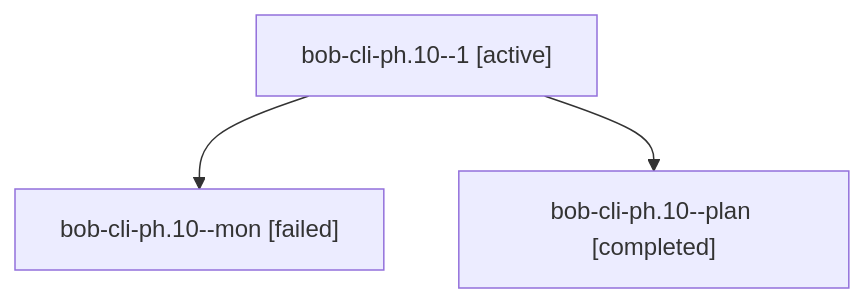
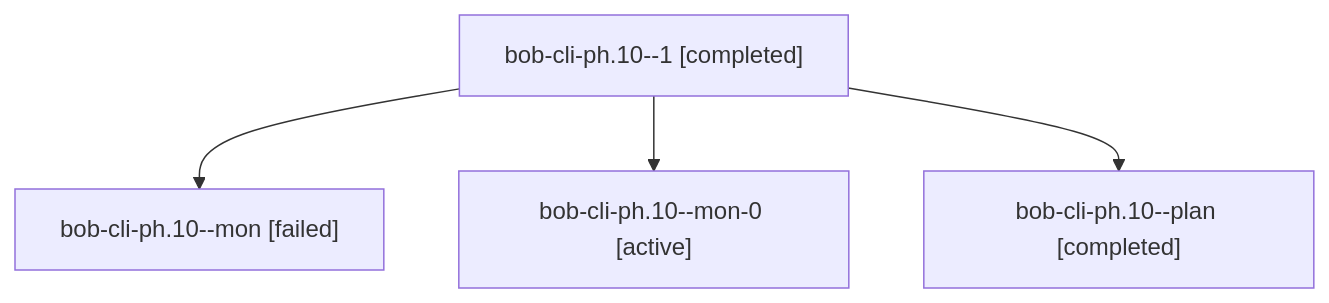
Before and after one commit to bobs-org/bob-cli--agents: the diagram in sessions/bbugyi200.apollo.bob-cli-ph.10.md, drawn with Mermaid. The commit also changed other lines of this file and 149 other files, not shown here.

````diff
--- a/sessions/bbugyi200.apollo.bob-cli-ph.10.md
+++ b/sessions/bbugyi200.apollo.bob-cli-ph.10.md
@@ -9,8 +9,10 @@
 ```mermaid
 flowchart TD
-  n0["bob-cli-ph.10--1 [active]"]
+  n0["bob-cli-ph.10--1 [completed]"]
   n1["bob-cli-ph.10--mon [failed]"]
   n0 --> n1
-  n2["bob-cli-ph.10--plan [completed]"]
+  n2["bob-cli-ph.10--mon-0 [active]"]
   n0 --> n2
+  n3["bob-cli-ph.10--plan [completed]"]
+  n0 --> n3
 ```
````
